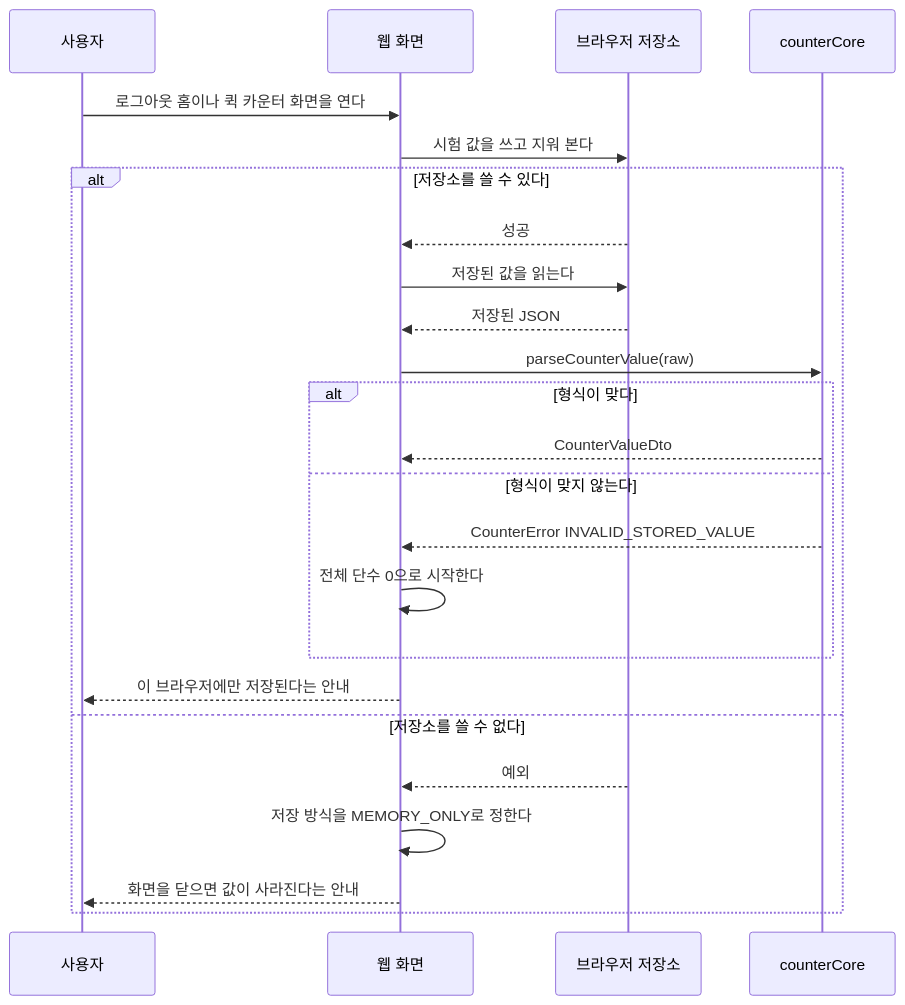
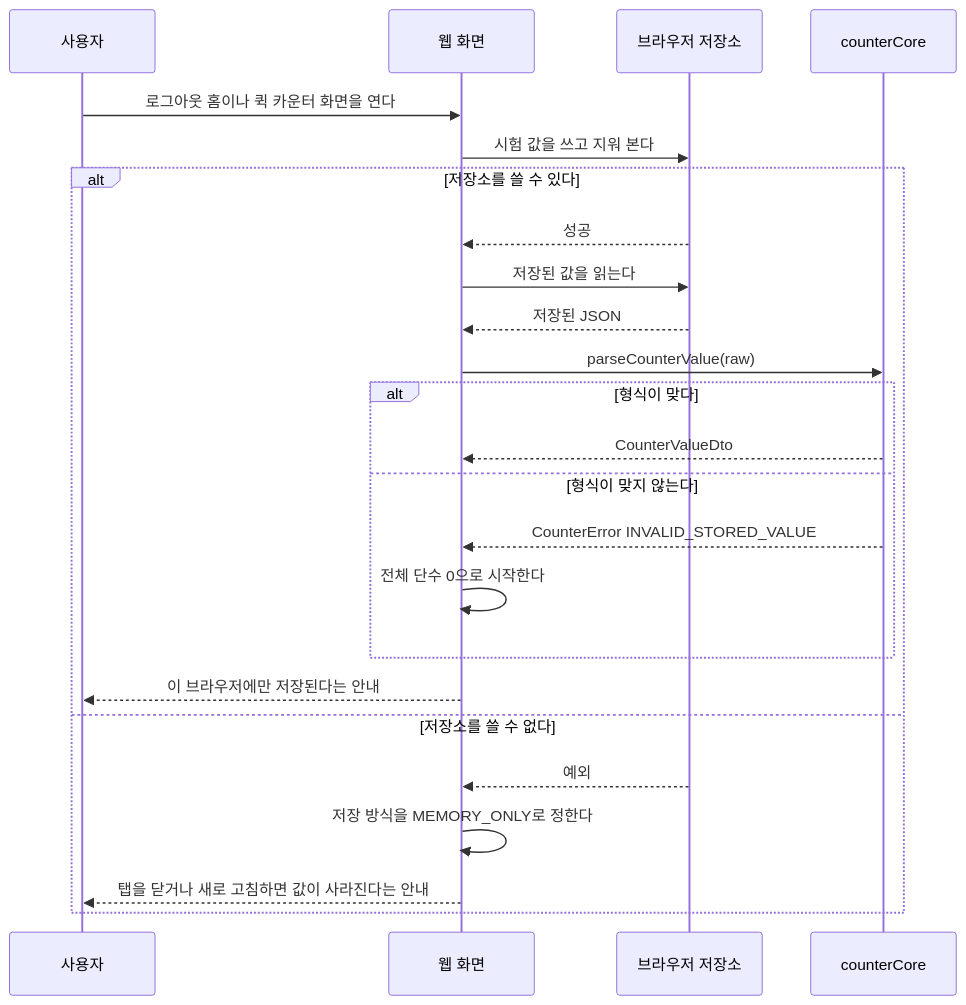
Before and after one commit to god3v/hamtteukka: the fourth of 6 diagrams in docs/specs/003-row-counter/design/sequence.md, drawn with Mermaid. The commit also changed other lines of this file and 2 other files, not shown here.

````diff
--- a/docs/specs/003-row-counter/design/sequence.md
+++ b/docs/specs/003-row-counter/design/sequence.md
@@ -120,26 +128,26 @@
 ```mermaid
 sequenceDiagram
   participant User as 사용자
   participant Web as 웹 화면
   participant Store as 브라우저 저장소
   participant Core as counterCore
   User->>Web: 로그아웃 홈이나 퀵 카운터 화면을 연다
   Web->>Store: 시험 값을 쓰고 지워 본다
   alt 저장소를 쓸 수 있다
     Store-->>Web: 성공
     Web->>Store: 저장된 값을 읽는다
     Store-->>Web: 저장된 JSON
     Web->>Core: parseCounterValue(raw)
     alt 형식이 맞다
       Core-->>Web: CounterValueDto
     else 형식이 맞지 않는다
       Core-->>Web: CounterError INVALID_STORED_VALUE
       Web->>Web: 전체 단수 0으로 시작한다
     end
     Web-->>User: 이 브라우저에만 저장된다는 안내
   else 저장소를 쓸 수 없다
     Store-->>Web: 예외
     Web->>Web: 저장 방식을 MEMORY_ONLY로 정한다
-    Web-->>User: 화면을 닫으면 값이 사라진다는 안내
+    Web-->>User: 탭을 닫거나 새로 고침하면 값이 사라진다는 안내
   end
 ```
````
